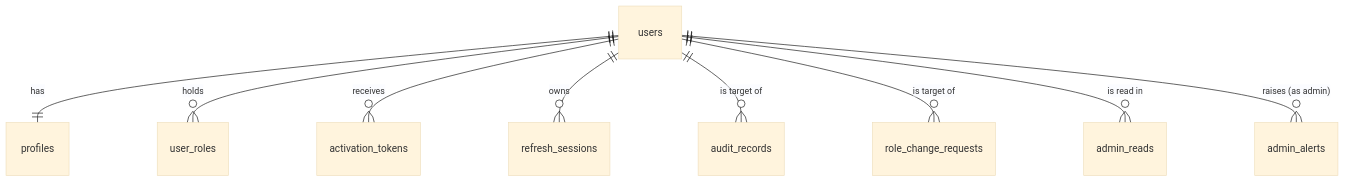
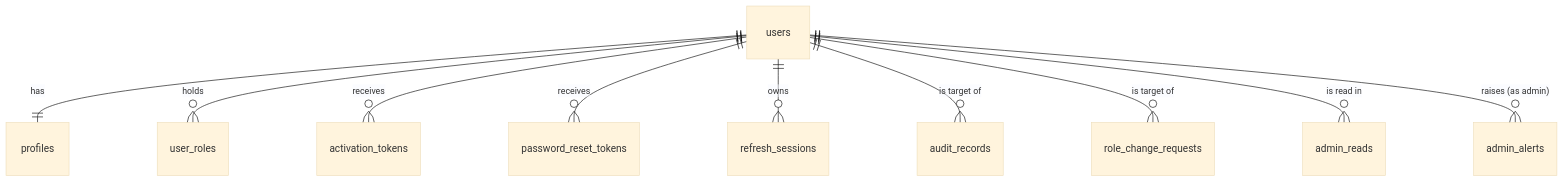
One commit to AY2627S1-CS3219-P30/foc-app changed the diagram in docs/user-service/schema.md. Above: the diagram before and after it, drawn with Mermaid (base theme). The commit also changed other lines of this file and 35 other files, not shown here.

First line of the commit message:
feat(user-service): let the inbox owner reset the password (#309)

````diff
--- a/docs/user-service/schema.md
+++ b/docs/user-service/schema.md
@@ -32,11 +32,12 @@
 ```mermaid
 erDiagram
     users ||--|| profiles : has
     users ||--o{ user_roles : holds
     users ||--o{ activation_tokens : "receives"
+    users ||--o{ password_reset_tokens : "receives"
     users ||--o{ refresh_sessions : "owns"
     users ||--o{ audit_records : "is target of"
     users ||--o{ role_change_requests : "is target of"
     users ||--o{ admin_reads : "is read in"
     users ||--o{ admin_alerts : "raises (as admin)"
 ```
````
